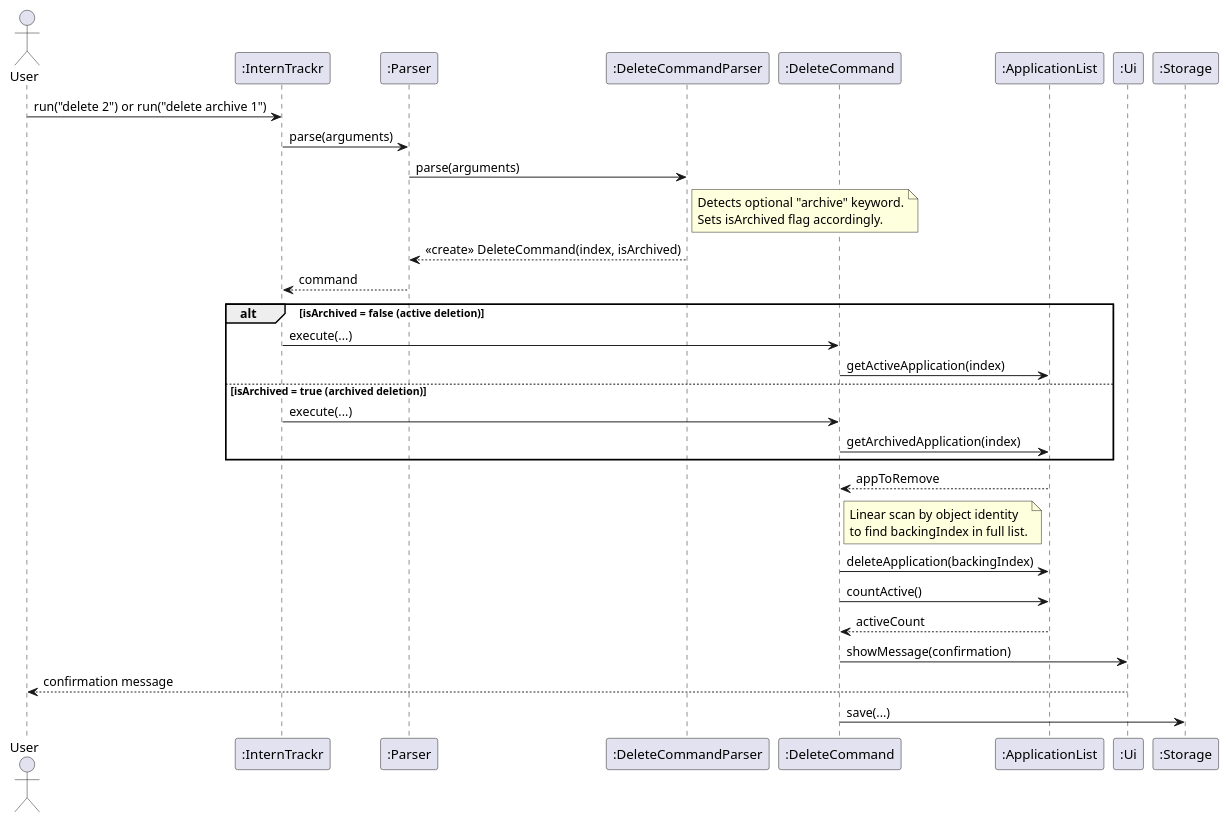
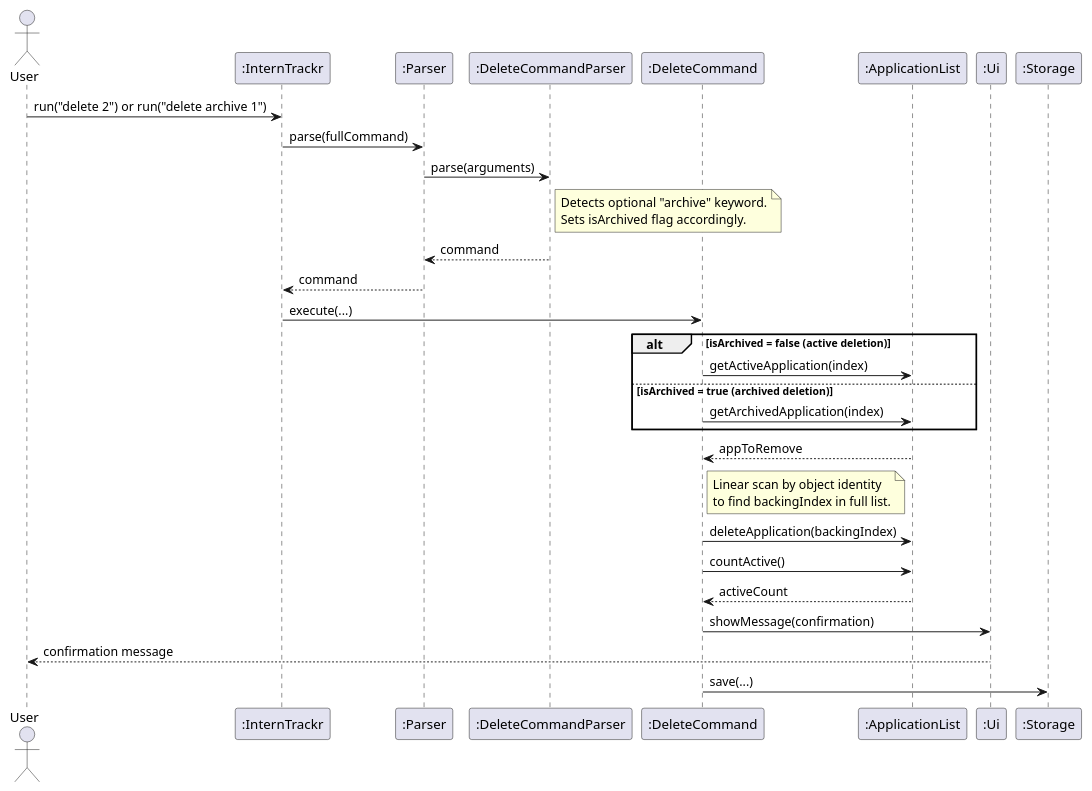
Before and after one commit to eugenia-cnl-lee/tp: the diagram in docs/diagrams/AaravDeleteCommandSequence.puml, drawn with PlantUML. The commit also changed 14 other files, not shown here.

Commit message:
Fix Aarav DG diagrams and align parser/delete documentation with implementation

```diff
--- a/docs/diagrams/AaravDeleteCommandSequence.puml
+++ b/docs/diagrams/AaravDeleteCommandSequence.puml
@@ -1,39 +1,44 @@
 @startuml
 actor User
 participant ":InternTrackr" as IT
 participant ":Parser" as P
 participant ":DeleteCommandParser" as DCP
 participant ":DeleteCommand" as DC
 participant ":ApplicationList" as AL
 participant ":Ui" as UI
 participant ":Storage" as S
 
 User -> IT : run("delete 2") or run("delete archive 1")
-IT -> P : parse(arguments)
+IT -> P : parse(fullCommand)
 P -> DCP : parse(arguments)
+
 note right of DCP
   Detects optional "archive" keyword.
   Sets isArchived flag accordingly.
 end note
-DCP --> P : <<create>> DeleteCommand(index, isArchived)
+
+DCP --> P : command
 P --> IT : command
 
+IT -> DC : execute(...)
+
 alt isArchived = false (active deletion)
-    IT -> DC : execute(...)
     DC -> AL : getActiveApplication(index)
 else isArchived = true (archived deletion)
-    IT -> DC : execute(...)
     DC -> AL : getArchivedApplication(index)
 end
+
 AL --> DC : appToRemove
+
 note right of DC
   Linear scan by object identity
   to find backingIndex in full list.
 end note
+
 DC -> AL : deleteApplication(backingIndex)
 DC -> AL : countActive()
 AL --> DC : activeCount
 DC -> UI : showMessage(confirmation)
 UI --> User : confirmation message
 DC -> S : save(...)
 @enduml
```
